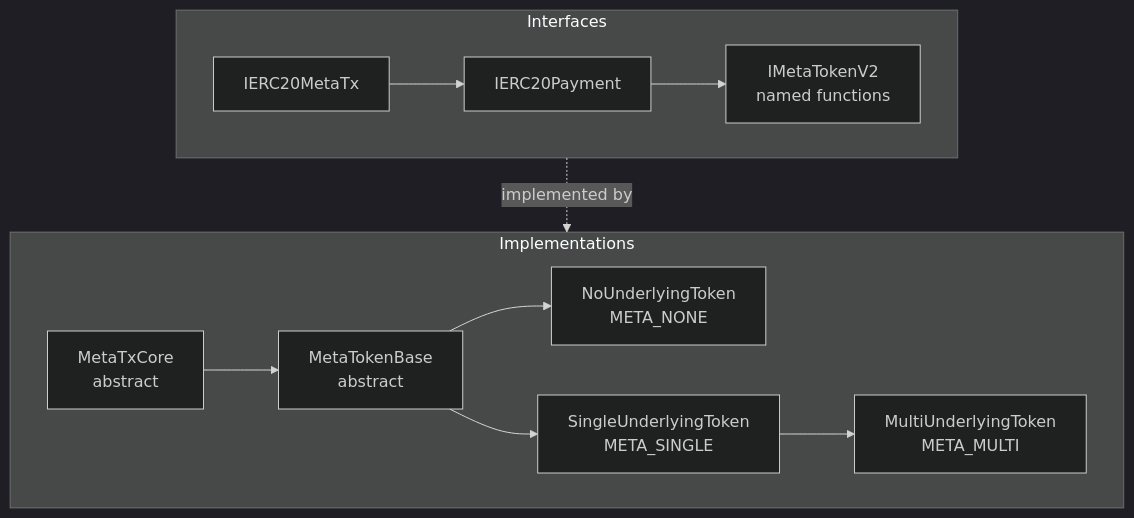
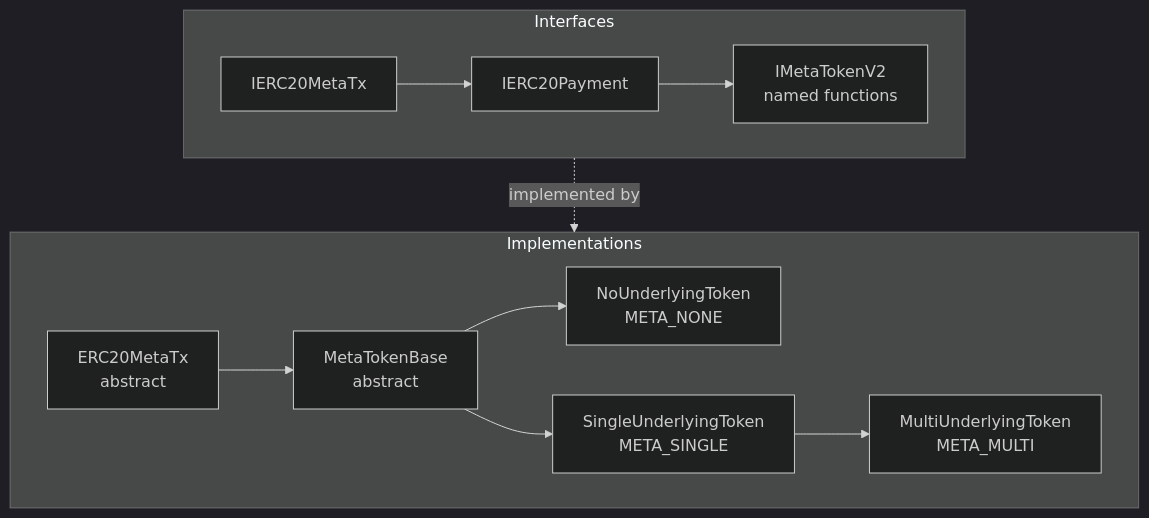
Before and after one commit to dinhduongha/scaas: the second of 2 diagrams in docs/contracts/token-wrappers.md, drawn with Mermaid (dark theme). The commit also changed other lines of this file and 30 other files, not shown here.

````diff
--- a/docs/contracts/token-wrappers.md
+++ b/docs/contracts/token-wrappers.md
@@ -50,14 +48,14 @@
 ```mermaid
 flowchart TD
     subgraph ifc["Interfaces"]
         direction LR
         MTX[IERC20MetaTx] --> PAY[IERC20Payment] --> V2I["IMetaTokenV2<br/>named functions"]
     end
     subgraph impl["Implementations"]
-        CORE["MetaTxCore<br/>abstract"] --> BASE["MetaTokenBase<br/>abstract"]
+        CORE["ERC20MetaTx<br/>abstract"] --> BASE["MetaTokenBase<br/>abstract"]
         BASE --> NU["NoUnderlyingToken<br/>META_NONE"]
         BASE --> SU["SingleUnderlyingToken<br/>META_SINGLE"]
         SU --> MU["MultiUnderlyingToken<br/>META_MULTI"]
     end
     ifc -.->|implemented by| impl
 ```
````
